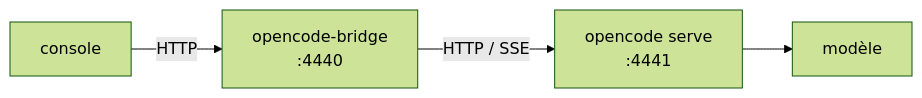
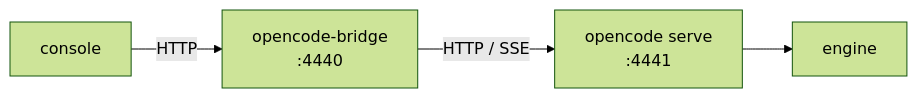
Before and after one commit to xavdp-pro/SHAPER-OS-V1.14: the diagram in software/packages/pkg-opencode-server/README.md, drawn with Mermaid (forest theme). The commit also changed other lines of this file and 1 other file, not shown here.

````diff
--- a/software/packages/pkg-opencode-server/README.md
+++ b/software/packages/pkg-opencode-server/README.md
@@ -18,6 +21,6 @@
 ```mermaid
 flowchart LR
     console["console"] -- HTTP --> bridge["opencode-bridge<br/>:4440"]
     bridge -- "HTTP / SSE" --> serve["opencode serve<br/>:4441"]
-    serve --> model["modèle"]
+    serve --> model["engine"]
 ```
````
